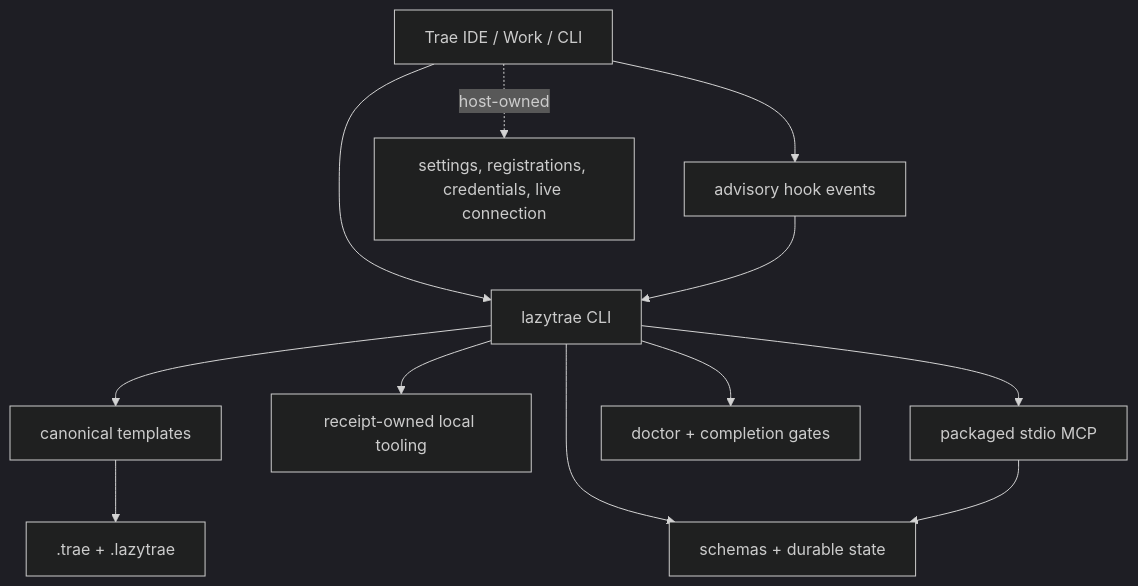
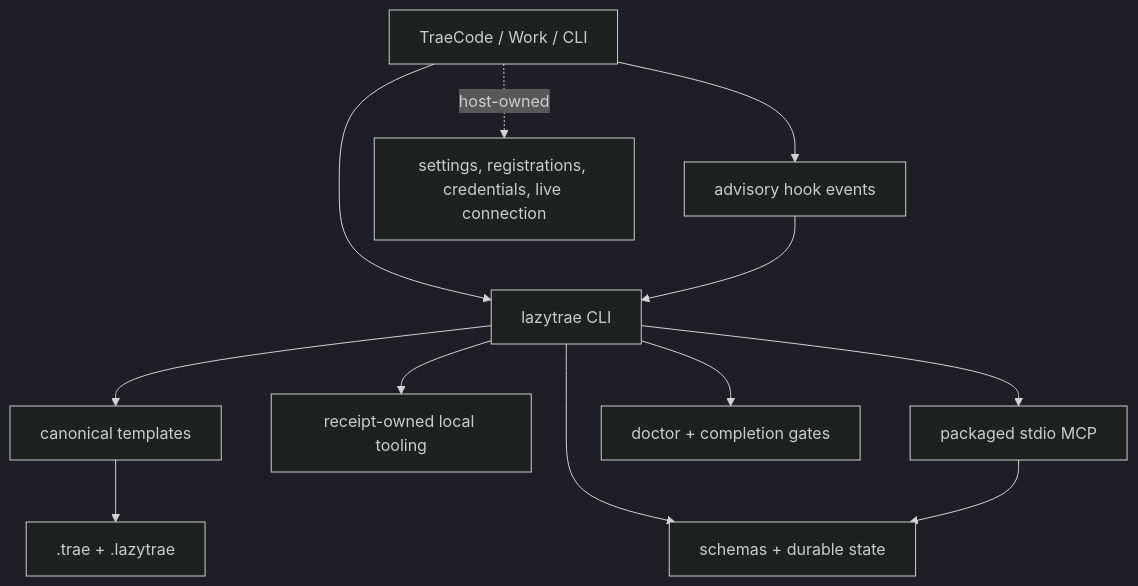
The diagram in docs/README.md (elvinzhao10/LazyTrae), drawn with Mermaid (dark theme) before and after one commit. The commit also changed other lines of this file and 211 other files, not shown here.

````diff
--- a/docs/README.md
+++ b/docs/README.md
@@ -10,14 +10,14 @@
 ```mermaid
 flowchart TD
-    User["Trae IDE / Work / CLI"] --> CLI["lazytrae CLI"]
+    User["TraeCode / Work / CLI"] --> CLI["lazytrae CLI"]
     CLI --> Templates["canonical templates"]
     Templates --> Project[".trae + .lazytrae"]
     User --> Hooks["advisory hook events"]
     Hooks --> CLI
     CLI --> State["schemas + durable state"]
     CLI --> Tooling["receipt-owned local tooling"]
     CLI --> MCP["packaged stdio MCP"]
     MCP --> State
     CLI --> Evidence["doctor + completion gates"]
     User -. host-owned .-> HostState["settings, registrations, credentials, live connection"]
 ```
````
